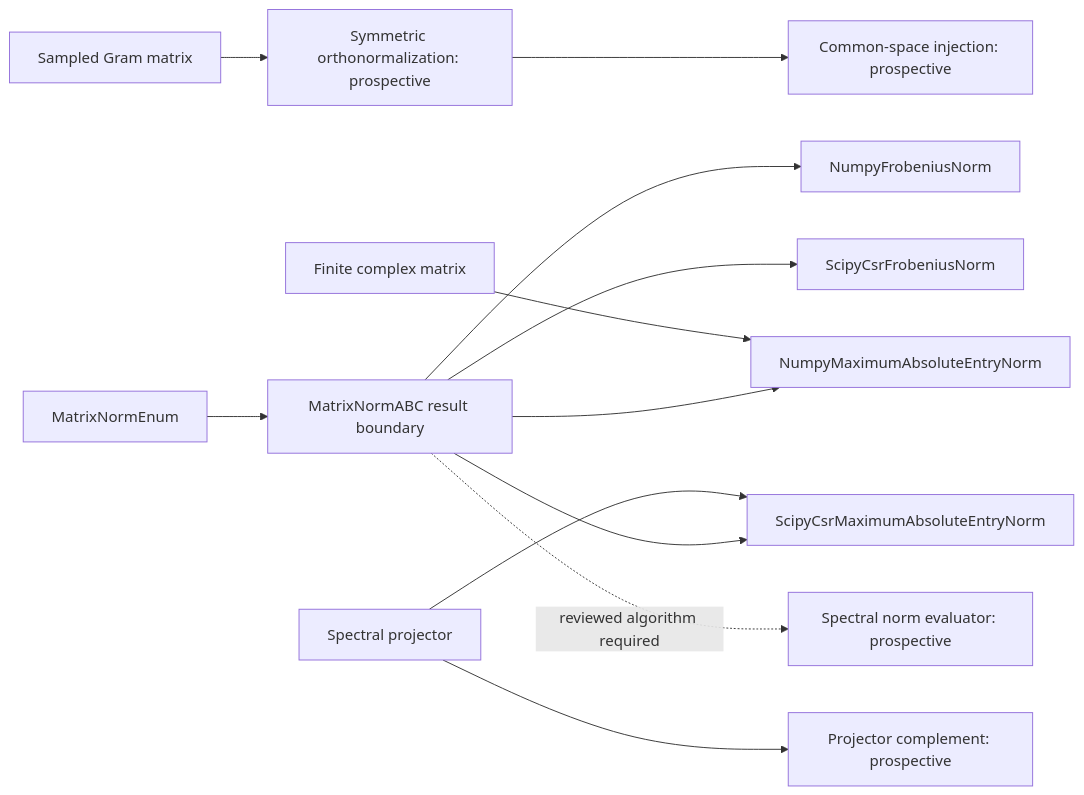
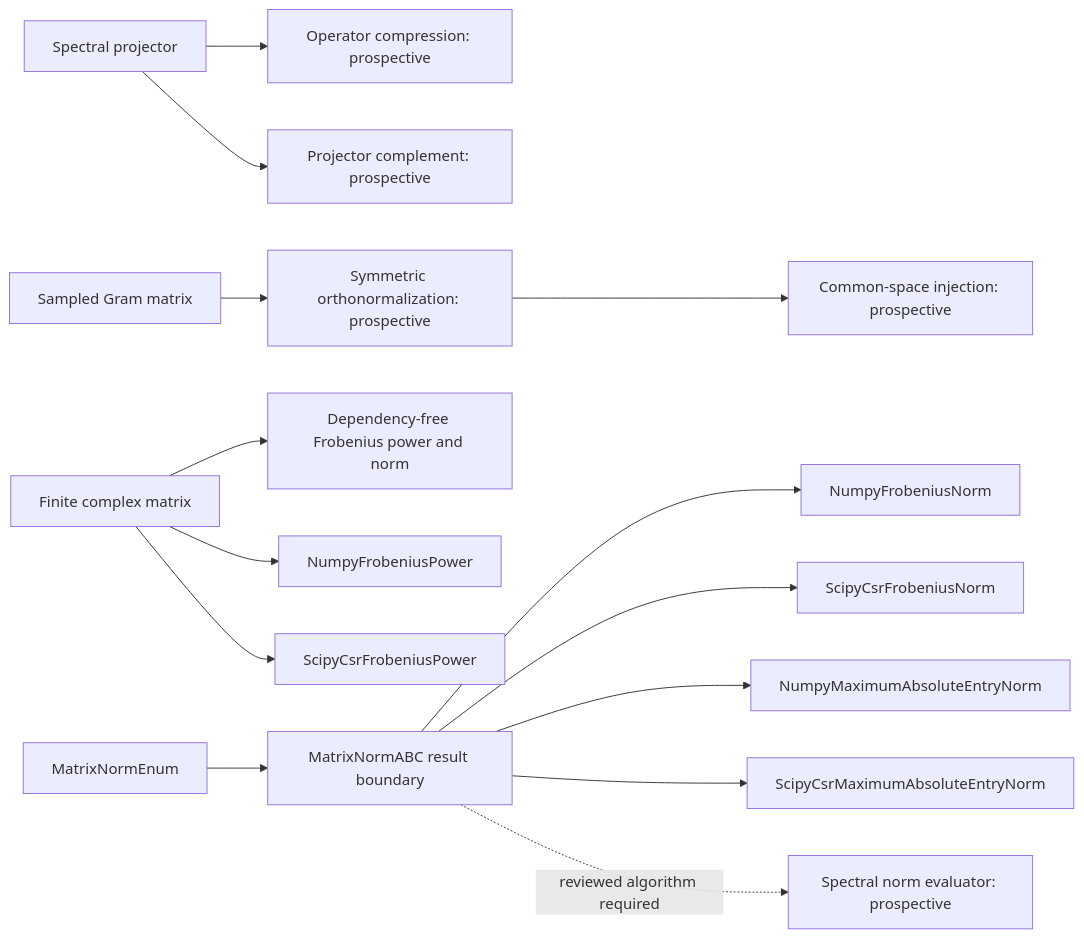
The fourth of 6 diagrams in docs/architecture/projectkoios/numerics/linalg/schematics.md (eragasa/projectkoios-optimization), drawn with Mermaid before and after one commit. The commit also changed other lines of this file and 12 other files, not shown here.

Commit message:
Split backend Frobenius power and norm

````diff
--- a/docs/architecture/projectkoios/numerics/linalg/schematics.md
+++ b/docs/architecture/projectkoios/numerics/linalg/schematics.md
@@ -89,14 +89,16 @@
 ```mermaid
 flowchart LR
     P[Spectral projector] --> C[Operator compression: prospective]
     P --> K[Projector complement: prospective]
     G[Sampled Gram matrix] --> O[Symmetric orthonormalization: prospective]
     O --> J[Common-space injection: prospective]
-    N[Finite complex matrix] --> M[Implemented Frobenius power and norm]
+    N[Finite complex matrix] --> F[Dependency-free Frobenius power and norm]
+    N --> U[NumpyFrobeniusPower]
+    N --> R[ScipyCsrFrobeniusPower]
     E[MatrixNormEnum] --> A[MatrixNormABC result boundary]
     A --> B[NumpyFrobeniusNorm]
     A --> S[ScipyCsrFrobeniusNorm]
     A --> M[NumpyMaximumAbsoluteEntryNorm]
-    A --> C[ScipyCsrMaximumAbsoluteEntryNorm]
+    A --> Q[ScipyCsrMaximumAbsoluteEntryNorm]
     A -. reviewed algorithm required .-> D[Spectral norm evaluator: prospective]
 ```
````
